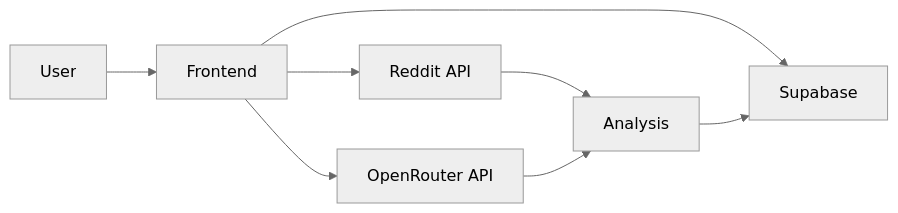
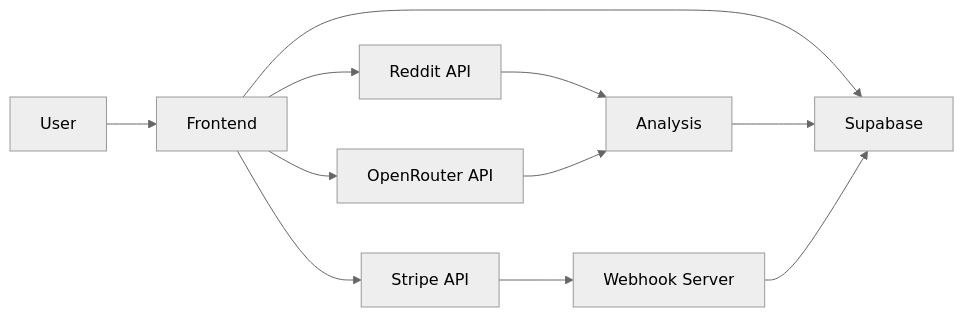
The second of 5 diagrams in memory-bank/systemPatterns.md (MatthewSabia1/SubPirate), drawn with Mermaid (neutral theme) before and after one commit. The commit also changed other lines of this file and 116 other files, not shown here.

````diff
--- a/memory-bank/systemPatterns.md
+++ b/memory-bank/systemPatterns.md
@@ -17,10 +17,13 @@
 ```mermaid
 flowchart LR
     User --> Frontend
     Frontend --> RedditAPI[Reddit API]
     Frontend --> OpenRouterAPI[OpenRouter API]
     Frontend --> Supabase
+    Frontend --> StripeAPI[Stripe API]
     RedditAPI --> Analysis
     OpenRouterAPI --> Analysis
     Analysis --> Supabase
+    StripeAPI --> Webhook[Webhook Server]
+    Webhook --> Supabase
 ```
````
